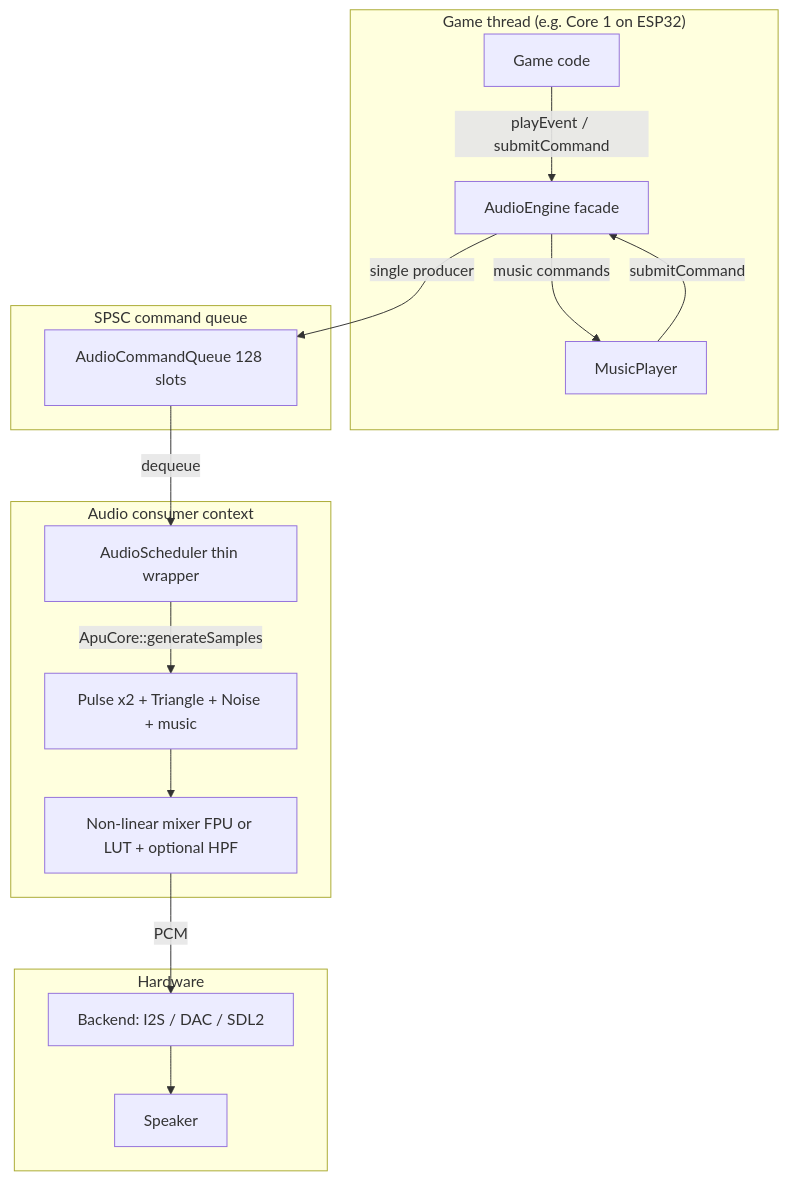
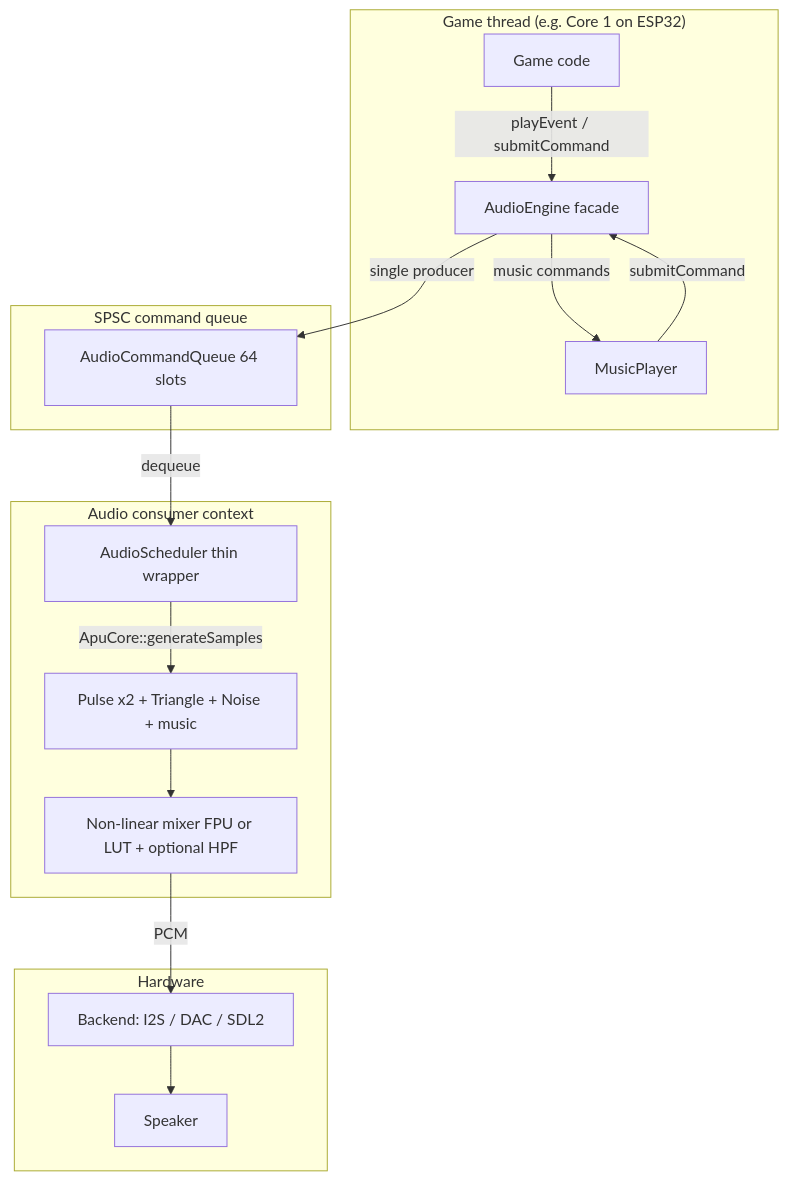
The diagram in docs/architecture/audio-subsystem.md (PixelRoot32-Game-Engine/PixelRoot32-Game-Engine), drawn with Mermaid before and after one commit. The commit also changed other lines of this file and 2 other files, not shown here.

First line of the commit message:
docs(audio): document the render block contract

````diff
--- a/docs/architecture/audio-subsystem.md
+++ b/docs/architecture/audio-subsystem.md
@@ -37,23 +37,23 @@
 ```mermaid
 flowchart TB
     subgraph Game["Game thread (e.g. Core 1 on ESP32)"]
         A[Game code] -->|playEvent / submitCommand| B[AudioEngine facade]
         B -->|music commands| C[MusicPlayer]
         C -->|submitCommand| B
     end
 
     subgraph Queue["SPSC command queue"]
-        B -->|single producer| D[AudioCommandQueue 128 slots]
+        B -->|single producer| D[AudioCommandQueue 64 slots]
     end
 
     subgraph Audio["Audio consumer context"]
         D -->|dequeue| E[AudioScheduler thin wrapper]
         E -->|ApuCore::generateSamples| F[Pulse x2 + Triangle + Noise + music]
         F --> G[Non-linear mixer FPU or LUT + optional HPF]
     end
 
     subgraph Output["Hardware"]
         G -->|PCM| H[Backend: I2S / DAC / SDL2]
         H --> I[Speaker]
     end
 ```
````
